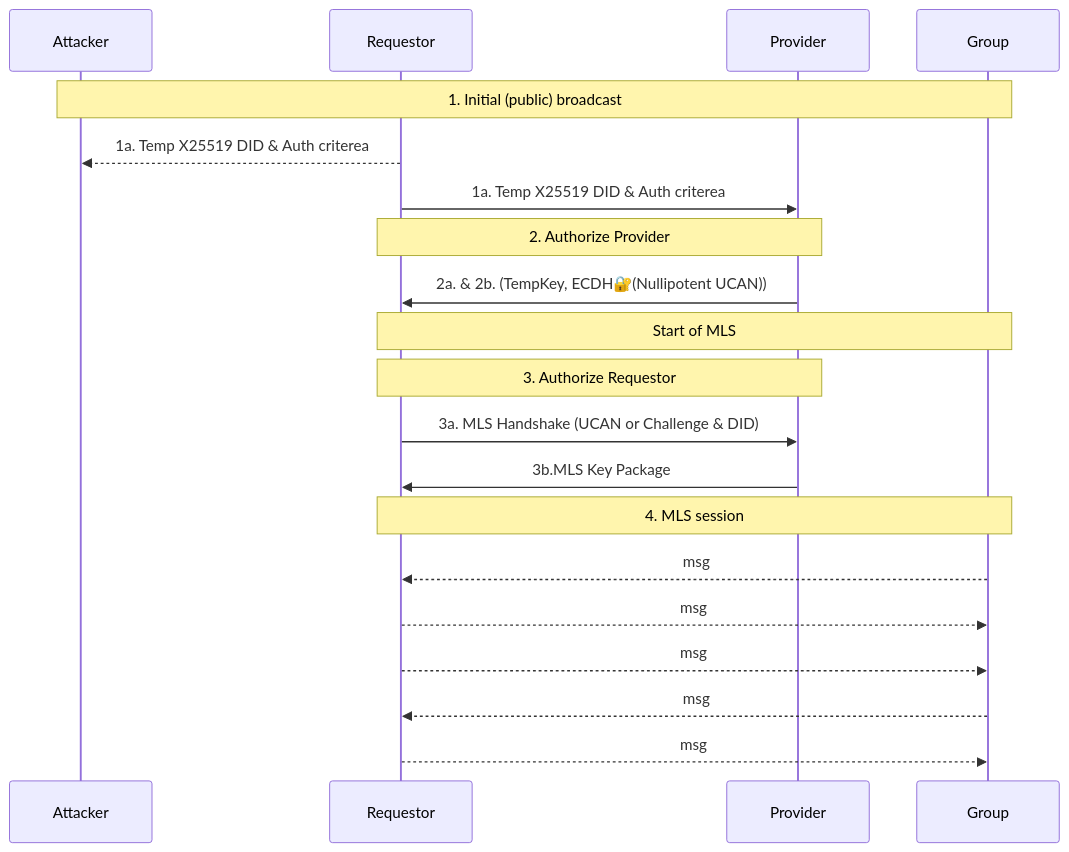
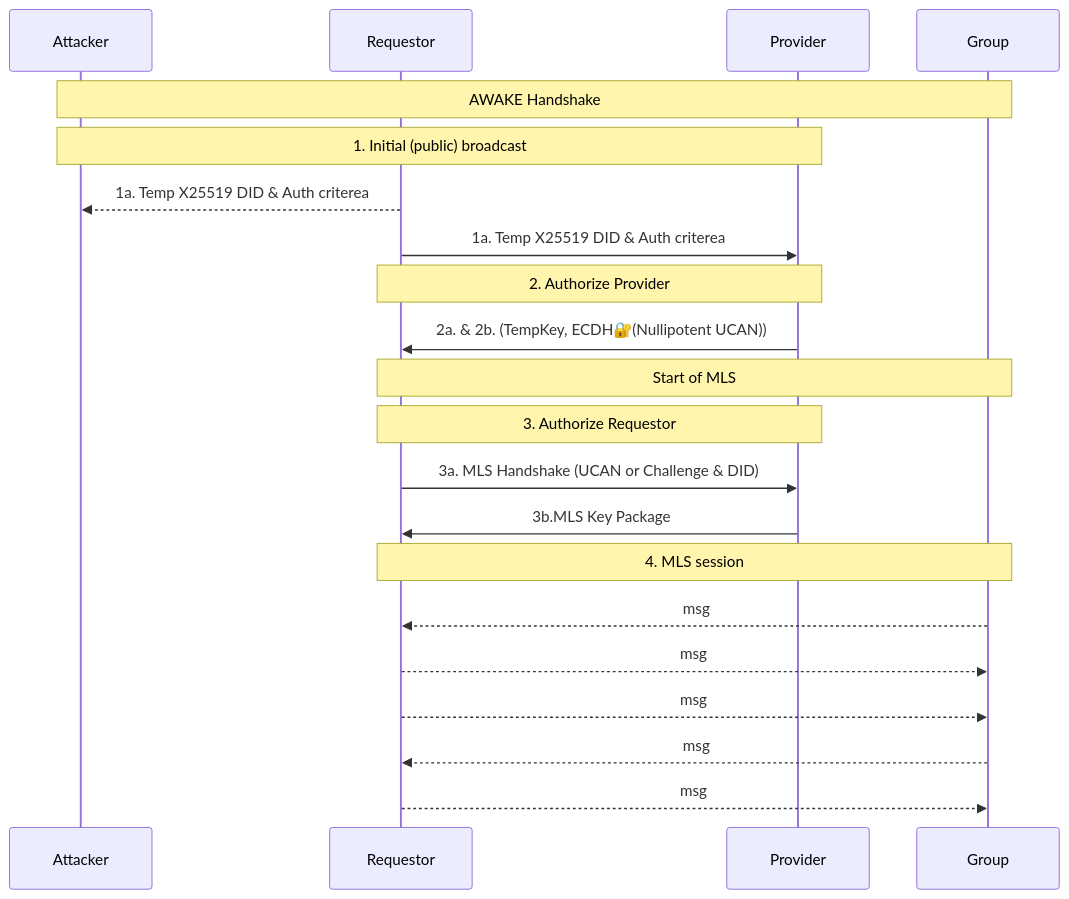
The second of 7 diagrams in README.md (ucan-wg/awake), drawn with Mermaid before and after one commit.

Commit message:
More headers

````diff
--- a/README.md
+++ b/README.md
@@ -138,26 +138,27 @@
 ```mermaid
 sequenceDiagram
     participant Attacker
     participant Requestor
     participant Provider
     participant Group
 
-    Note over Attacker, Group : 1. Initial (public) broadcast
+    Note over Attacker, Group : AWAKE Handshake
+    Note over Attacker, Provider : 1. Initial (public) broadcast
         Requestor -->> Attacker: 1a. Temp X25519 DID & Auth criterea
         Requestor ->> Provider: 1a. Temp X25519 DID & Auth criterea
 
     Note over Requestor, Provider: 2. Authorize Provider
         Provider ->> Requestor: 2a. & 2b. (TempKey, ECDH🔐(Nullipotent UCAN))
 
     Note over Requestor, Group: Start of MLS
     Note over Requestor, Provider: 3. Authorize Requestor
         Requestor ->> Provider: 3a. MLS Handshake (UCAN or Challenge & DID)
         Provider  ->> Requestor: 3b.MLS Key Package
 
     Note over Requestor, Group: 4. MLS session
         Group -->> Requestor: msg
         Requestor -->> Group: msg
         Requestor -->> Group: msg
         Group -->> Requestor: msg
         Requestor -->> Group: msg
 ```
````
